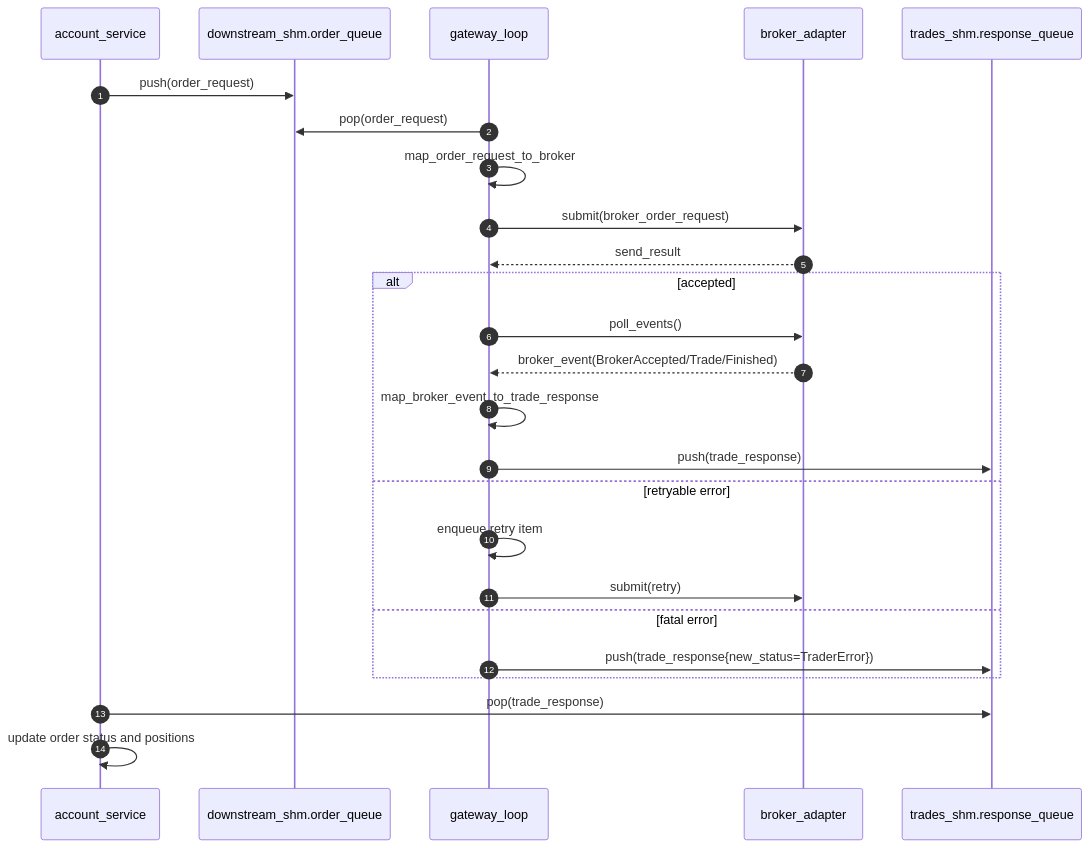
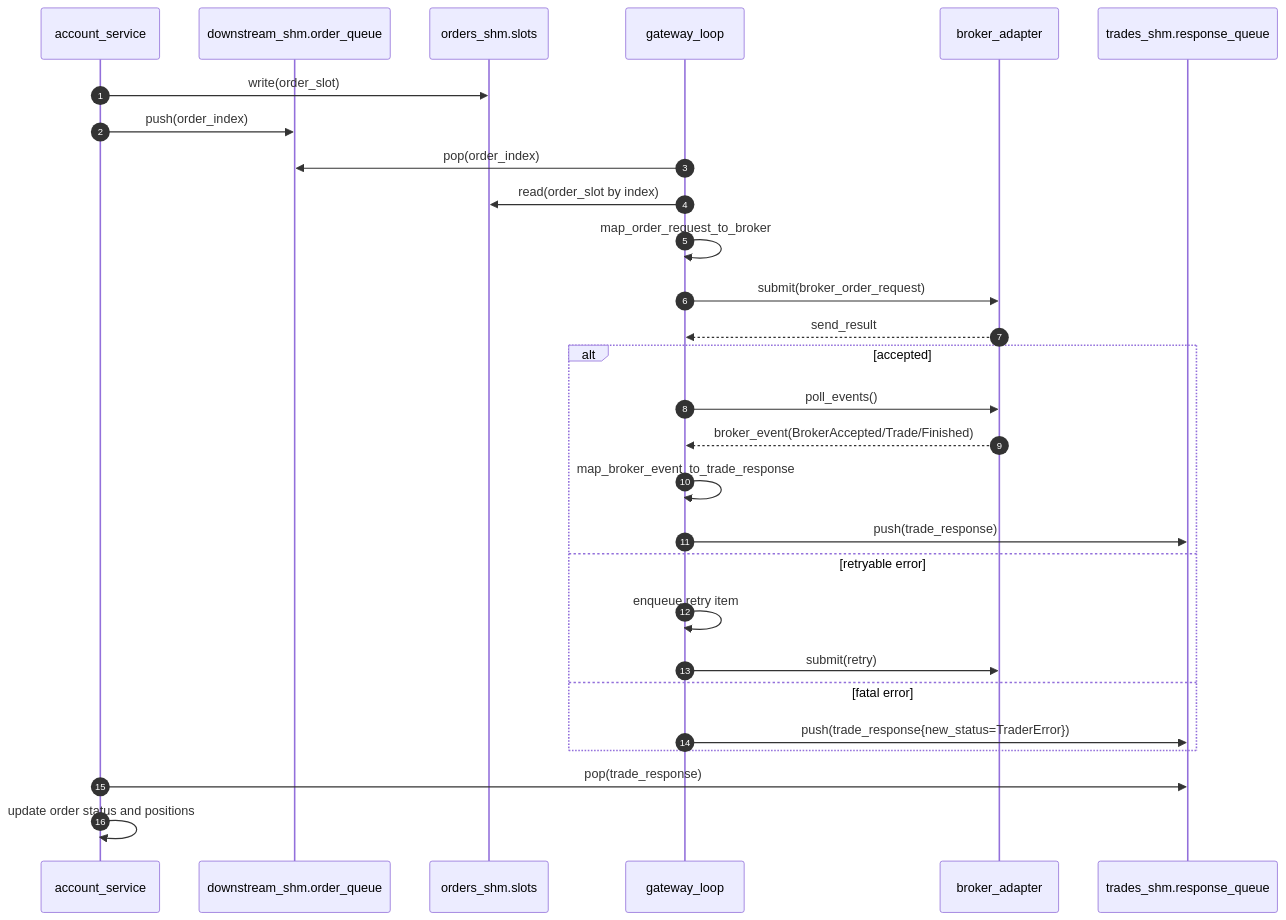
The diagram in gateway/docs/gateway_design.md (monstersama/account_services), drawn with Mermaid before and after one commit. The commit also changed other lines of this file and 48 other files, not shown here.

````diff
--- a/gateway/docs/gateway_design.md
+++ b/gateway/docs/gateway_design.md
@@ -25,30 +26,33 @@
 ```mermaid
 sequenceDiagram
     autonumber
     participant AS as account_service
     participant DS as downstream_shm.order_queue
+    participant OP as orders_shm.slots
     participant GW as gateway_loop
     participant AD as broker_adapter
     participant TS as trades_shm.response_queue
 
-    AS->>DS: push(order_request)
-    GW->>DS: pop(order_request)
+    AS->>OP: write(order_slot)
+    AS->>DS: push(order_index)
+    GW->>DS: pop(order_index)
+    GW->>OP: read(order_slot by index)
     GW->>GW: map_order_request_to_broker
     GW->>AD: submit(broker_order_request)
     AD-->>GW: send_result
 
     alt accepted
         GW->>AD: poll_events()
         AD-->>GW: broker_event(BrokerAccepted/Trade/Finished)
         GW->>GW: map_broker_event_to_trade_response
         GW->>TS: push(trade_response)
     else retryable error
         GW->>GW: enqueue retry item
         GW->>AD: submit(retry)
     else fatal error
         GW->>TS: push(trade_response{new_status=TraderError})
     end
 
     AS->>TS: pop(trade_response)
     AS->>AS: update order status and positions
 ```
````
